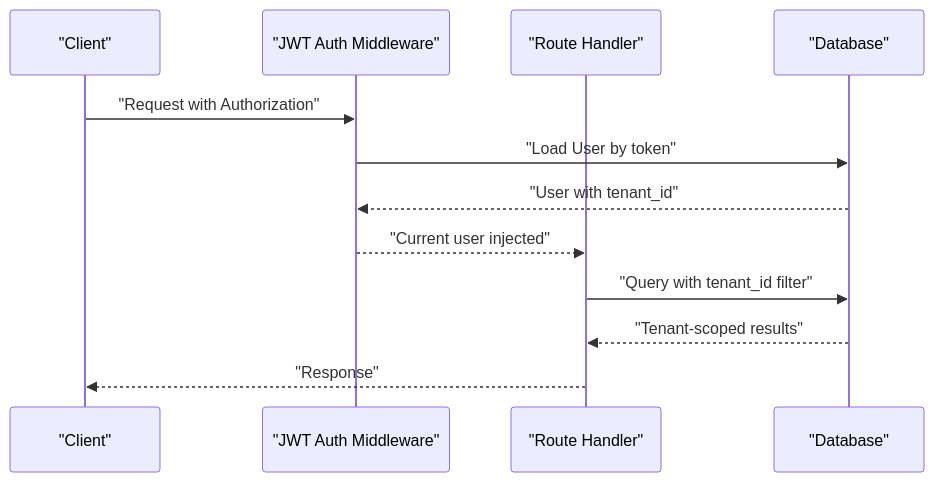
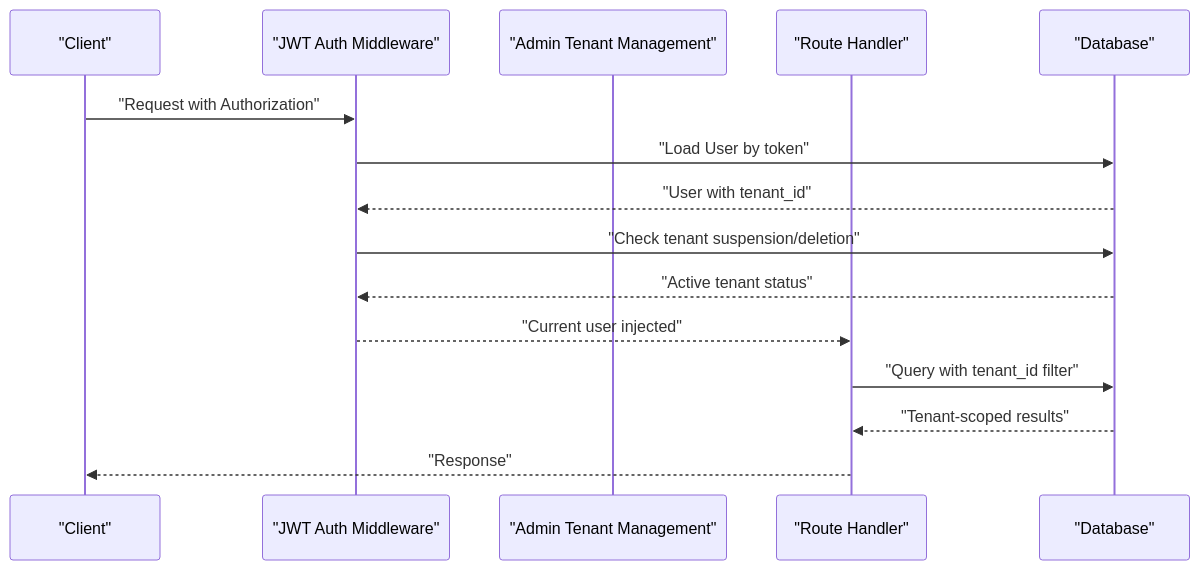
One commit to Revanththetalogics/aireume changed the second of 10 diagrams in .qoder/repowiki/en/content/Database Design/Multi-Tenant Architecture.md. Above: the diagram before and after it, drawn with Mermaid. The commit also changed other lines of this file and 13 other files, not shown here.

````diff
--- a/.qoder/repowiki/en/content/Database Design/Multi-Tenant Architecture.md
+++ b/.qoder/repowiki/en/content/Database Design/Multi-Tenant Architecture.md
@@ -112,14 +132,17 @@
 ```mermaid
 sequenceDiagram
 participant Client as "Client"
 participant Auth as "JWT Auth Middleware"
+participant Admin as "Admin Tenant Management"
 participant Route as "Route Handler"
 participant DB as "Database"
 Client->>Auth : "Request with Authorization"
 Auth->>DB : "Load User by token"
 DB-->>Auth : "User with tenant_id"
+Auth->>DB : "Check tenant suspension/deletion"
+DB-->>Auth : "Active tenant status"
 Auth-->>Route : "Current user injected"
 Route->>DB : "Query with tenant_id filter"
 DB-->>Route : "Tenant-scoped results"
 Route-->>Client : "Response"
 ```
````
